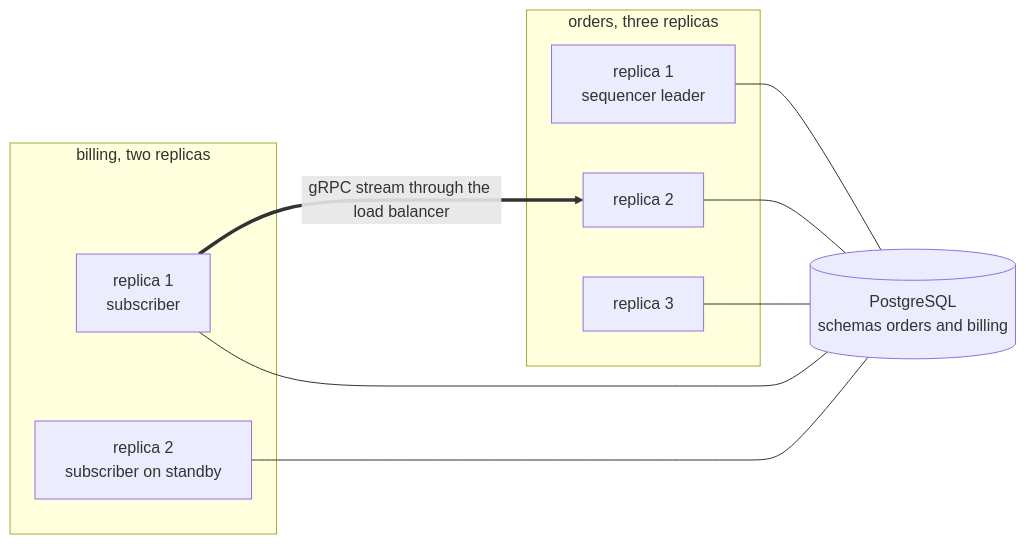
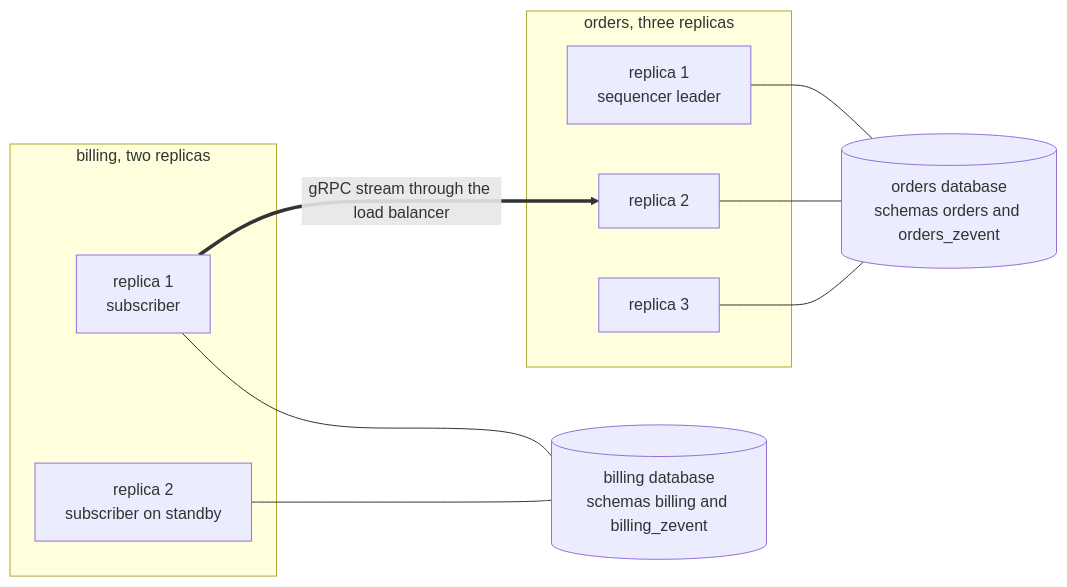
The first of 3 diagrams in docs/operating.md (eugenezimin/z-event), drawn with Mermaid before and after one commit. The commit also changed other lines of this file and 3 other files, not shown here.

First line of the commit message:
Document the separate z-event schema and connection pool

````diff
--- a/docs/operating.md
+++ b/docs/operating.md
@@ -19,19 +21,20 @@
 ```mermaid
 flowchart LR
     subgraph ORD["orders, three replicas"]
         O1["replica 1<br/>sequencer leader"]
         O2["replica 2"]
         O3["replica 3"]
     end
     subgraph BIL["billing, two replicas"]
         B1["replica 1<br/>subscriber"]
         B2["replica 2<br/>subscriber on standby"]
     end
-    PG[("PostgreSQL<br/>schemas orders and billing")]
-    O1 --- PG
-    O2 --- PG
-    O3 --- PG
-    B1 --- PG
-    B2 --- PG
+    ODB[("orders database<br/>schemas orders and orders_zevent")]
+    BDB[("billing database<br/>schemas billing and billing_zevent")]
+    O1 --- ODB
+    O2 --- ODB
+    O3 --- ODB
+    B1 --- BDB
+    B2 --- BDB
     B1 ==>|"gRPC stream through the load balancer"| O2
 ```
````
